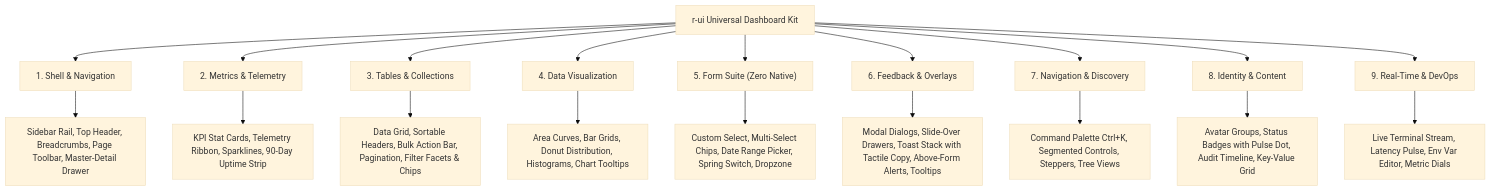
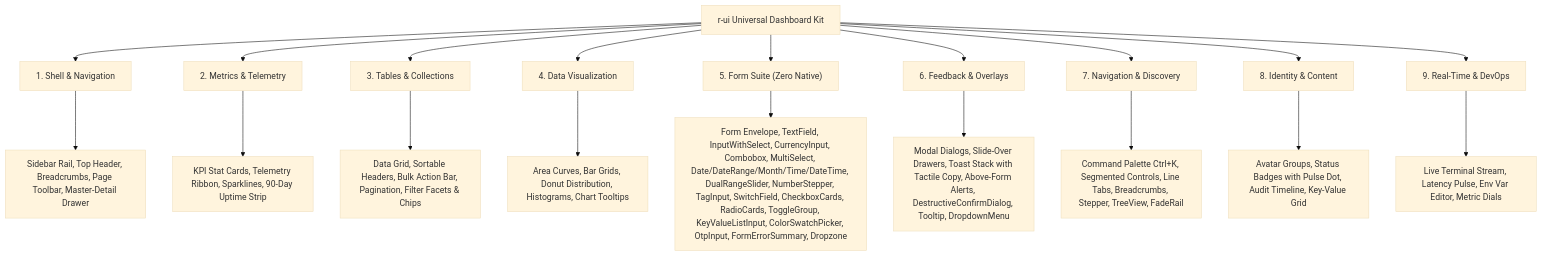
The diagram in README.md (RudyCity/r-ui), drawn with Mermaid (base theme) before and after one commit. The commit also changed other lines of this file and 7 other files, not shown here.

````diff
--- a/README.md
+++ b/README.md
@@ -62,24 +62,24 @@
 ```mermaid
 flowchart TD
     Dashboard["r-ui Universal Dashboard Kit"]
     
     Dashboard --> P1["1. Shell & Navigation"]
     Dashboard --> P2["2. Metrics & Telemetry"]
     Dashboard --> P3["3. Tables & Collections"]
     Dashboard --> P4["4. Data Visualization"]
     Dashboard --> P5["5. Form Suite (Zero Native)"]
     Dashboard --> P6["6. Feedback & Overlays"]
     Dashboard --> P7["7. Navigation & Discovery"]
     Dashboard --> P8["8. Identity & Content"]
     Dashboard --> P9["9. Real-Time & DevOps"]
 
     P1 --> P1_items["Sidebar Rail, Top Header, Breadcrumbs, Page Toolbar, Master-Detail Drawer"]
     P2 --> P2_items["KPI Stat Cards, Telemetry Ribbon, Sparklines, 90-Day Uptime Strip"]
     P3 --> P3_items["Data Grid, Sortable Headers, Bulk Action Bar, Pagination, Filter Facets & Chips"]
     P4 --> P4_items["Area Curves, Bar Grids, Donut Distribution, Histograms, Chart Tooltips"]
-    P5 --> P5_items["Custom Select, Multi-Select Chips, Date Range Picker, Spring Switch, Dropzone"]
-    P6 --> P6_items["Modal Dialogs, Slide-Over Drawers, Toast Stack with Tactile Copy, Above-Form Alerts, Tooltips"]
-    P7 --> P7_items["Command Palette Ctrl+K, Segmented Controls, Steppers, Tree Views"]
+    P5 --> P5_items["Form Envelope, TextField, InputWithSelect, CurrencyInput, Combobox, MultiSelect, Date/DateRange/Month/Time/DateTime, DualRangeSlider, NumberStepper, TagInput, SwitchField, CheckboxCards, RadioCards, ToggleGroup, KeyValueListInput, ColorSwatchPicker, OtpInput, FormErrorSummary, Dropzone"]
+    P6 --> P6_items["Modal Dialogs, Slide-Over Drawers, Toast Stack with Tactile Copy, Above-Form Alerts, DestructiveConfirmDialog, Tooltip, DropdownMenu"]
+    P7 --> P7_items["Command Palette Ctrl+K, Segmented Controls, Line Tabs, Breadcrumbs, Stepper, TreeView, FadeRail"]
     P8 --> P8_items["Avatar Groups, Status Badges with Pulse Dot, Audit Timeline, Key-Value Grid"]
     P9 --> P9_items["Live Terminal Stream, Latency Pulse, Env Var Editor, Metric Dials"]
 ```
````
